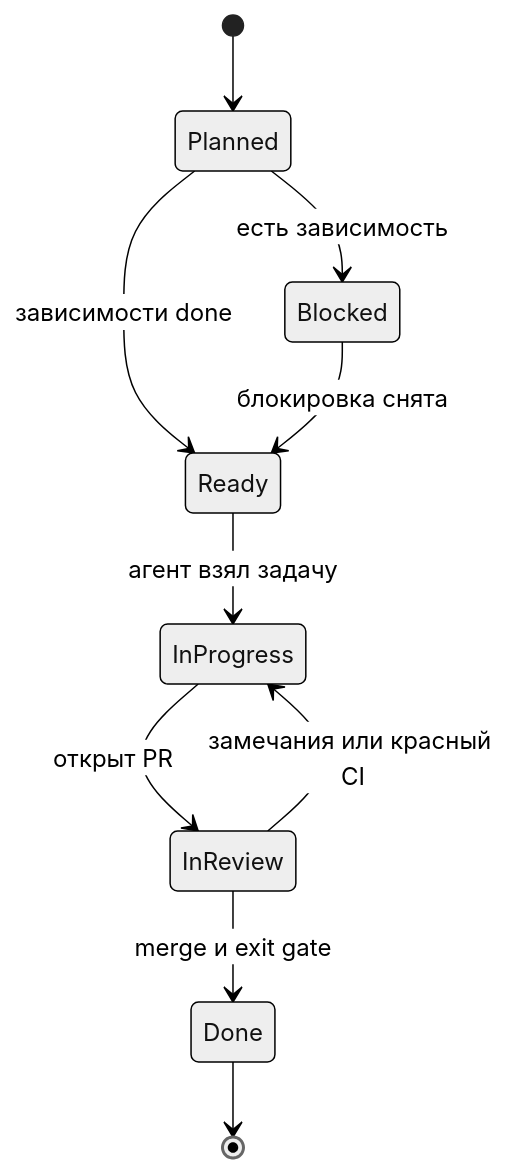
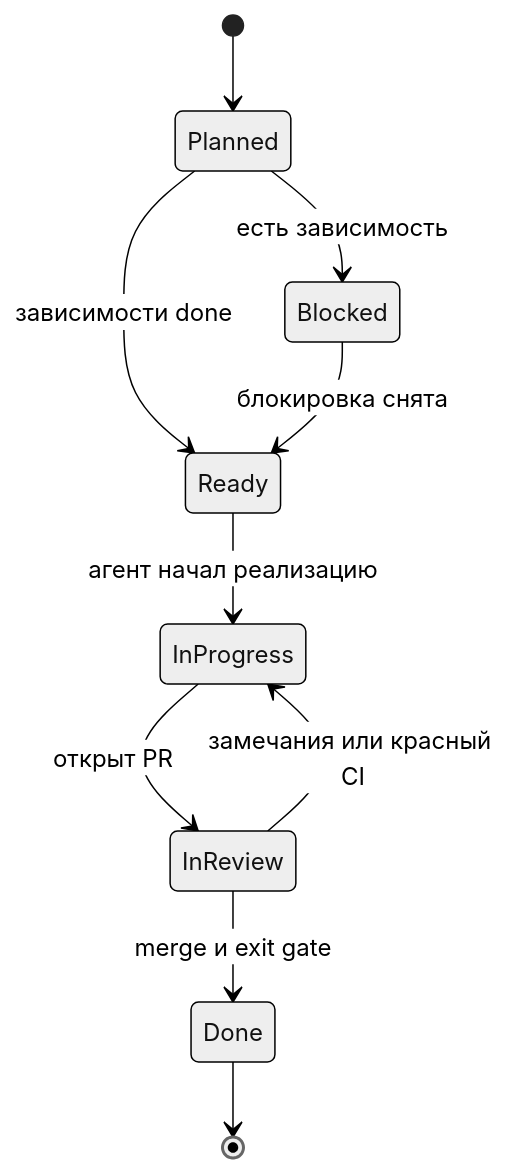
The sixth of 6 diagrams in docs/project-map/PROJECT_MAP.md (spikeal8-maker/asa-lab), drawn with Mermaid (neutral theme) before and after one commit. The commit also changed other lines of this file, not shown here.

````diff
--- a/docs/project-map/PROJECT_MAP.md
+++ b/docs/project-map/PROJECT_MAP.md
@@ -175,12 +212,12 @@
 ```mermaid
 stateDiagram-v2
     [*] --> Planned
     Planned --> Blocked: есть зависимость
     Planned --> Ready: зависимости done
     Blocked --> Ready: блокировка снята
-    Ready --> InProgress: агент взял задачу
+    Ready --> InProgress: агент начал реализацию
     InProgress --> InReview: открыт PR
     InReview --> InProgress: замечания или красный CI
     InReview --> Done: merge и exit gate
     Done --> [*]
 ```
````
